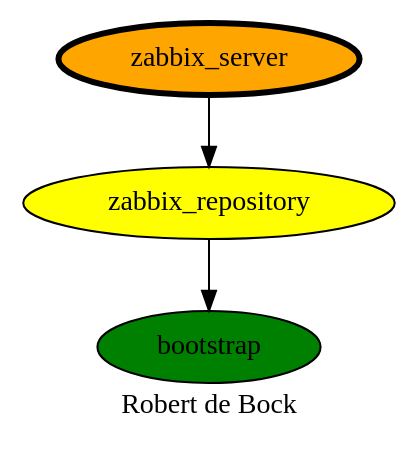
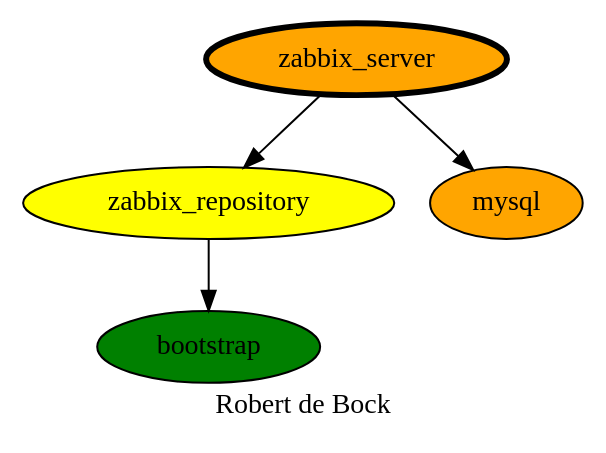
Before and after one commit to robertdebock/drawings: the diagram in zabbix_server.dot, drawn with Graphviz. The commit also changed 6 other files, not shown here.

```diff
--- a/zabbix_server.dot
+++ b/zabbix_server.dot
@@ -1,11 +1,12 @@
 digraph PhiloDilemma {
   label = "Robert de Bock" ;
   overlap=false
   {
     bootstrap [fillcolor=green style=filled]
     zabbix_repository [fillcolor=yellow style=filled]
+    mysql [fillcolor=orange style=filled]
     zabbix_server [fillcolor=orange style=filled penwidth=3]
   }
   zabbix_repository -> bootstrap
-  zabbix_server -> zabbix_repository
+  zabbix_server -> {mysql zabbix_repository}
 }
```
